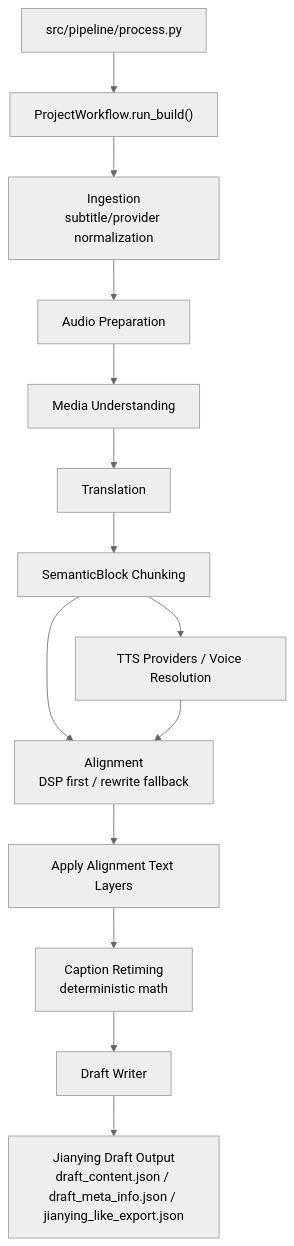
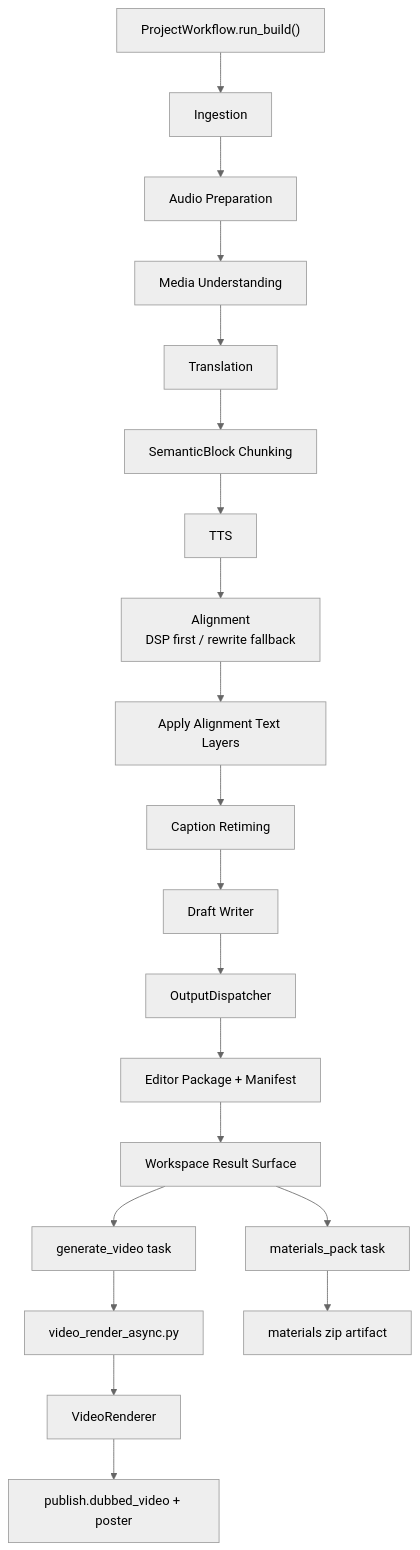
Before and after one commit to sun9bear/AITransVideo: the diagram in docs/graphs/GITNEXUS_WORKFLOW_CORE_GRAPH.md, drawn with Mermaid (neutral theme). The commit also changed other lines of this file and 8 other files, not shown here.

First line of the commit message:
docs: video-output baseline 方案同步 + Express/Studio 过滤 v3 方案

````diff
--- a/docs/graphs/GITNEXUS_WORKFLOW_CORE_GRAPH.md
+++ b/docs/graphs/GITNEXUS_WORKFLOW_CORE_GRAPH.md
@@ -22,17 +16,25 @@
 ```mermaid
 graph TD
-    Entry["ProjectWorkflow.run_build()"] --> Ingestion["Ingestion<br/>subtitle/provider normalization"]
+    Entry["ProjectWorkflow.run_build()"] --> Ingestion["Ingestion"]
     Ingestion --> AudioPrep["Audio Preparation"]
     AudioPrep --> Media["Media Understanding"]
     Media --> Translation["Translation"]
     Translation --> Chunking["SemanticBlock Chunking"]
-    Chunking --> Alignment["Alignment<br/>DSP first / rewrite fallback"]
+    Chunking --> TTS["TTS"]
+    TTS --> Alignment["Alignment<br/>DSP first / rewrite fallback"]
     Alignment --> Layering["Apply Alignment Text Layers"]
-    Layering --> Retiming["Caption Retiming<br/>deterministic math"]
+    Layering --> Retiming["Caption Retiming"]
     Retiming --> Draft["Draft Writer"]
-    Draft --> Output["Jianying Draft Output<br/>draft_content.json / draft_meta_info.json / jianying_like_export.json"]
+    Draft --> Dispatcher["OutputDispatcher"]
+    Dispatcher --> Editor["Editor Package + Manifest"]
 
-    Pipeline["src/pipeline/process.py"] --> Entry
-    TTS["TTS Providers / Voice Resolution"] --> Alignment
-    Chunking --> TTS
+    Editor --> Workspace["Workspace Result Surface"]
+    Workspace --> PackTask["materials_pack task"]
+    Workspace --> VideoTask["generate_video task"]
+
+    VideoTask --> RenderAsync["video_render_async.py"]
+    RenderAsync --> Renderer["VideoRenderer"]
+    Renderer --> PublishVideo["publish.dubbed_video + poster"]
+
+    PackTask --> PackZip["materials zip artifact"]
 ```
````
